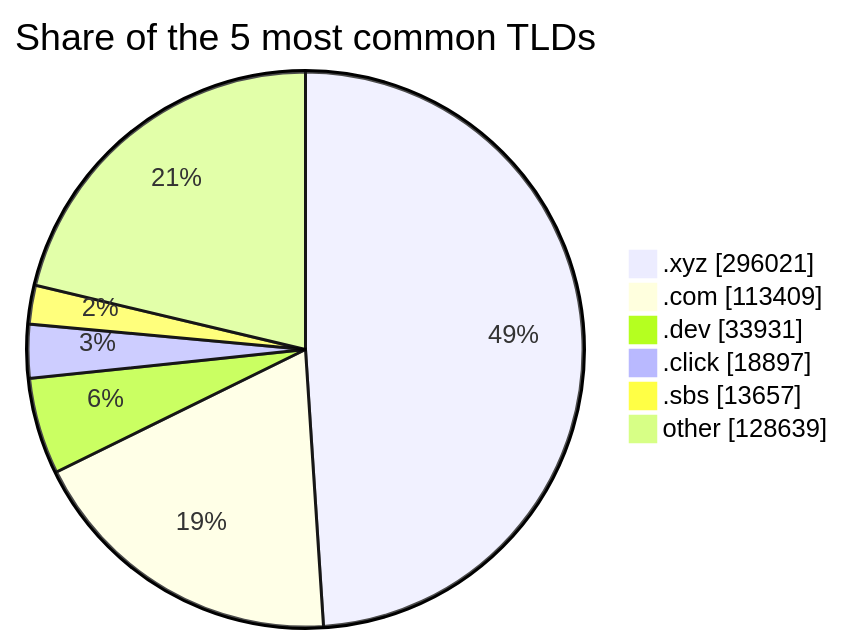
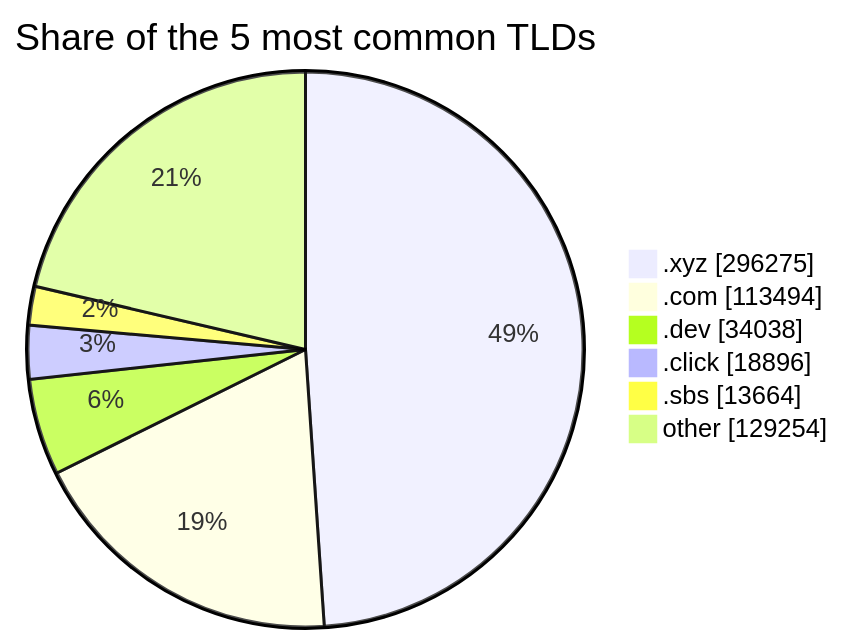
The third of 3 diagrams in README.md (DNSBunker/CTI), drawn with Mermaid before and after one commit. The commit also changed other lines of this file and 3 other files, not shown here.

````diff
--- a/README.md
+++ b/README.md
@@ -81,9 +81,9 @@
 ```mermaid
 pie showData title Share of the 5 most common TLDs
-    ".xyz" : 296021
-    ".com" : 113409
-    ".dev" : 33931
-    ".click" : 18897
-    ".sbs" : 13657
-    "other" : 128639
+    ".xyz" : 296275
+    ".com" : 113494
+    ".dev" : 34038
+    ".click" : 18896
+    ".sbs" : 13664
+    "other" : 129254
 ```
````
